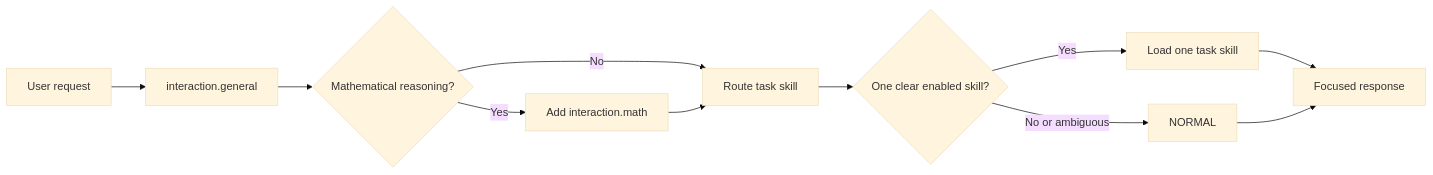
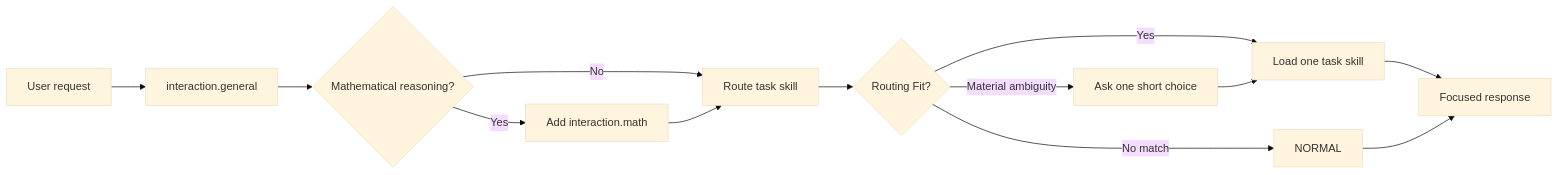
Before and after one commit to geekybobz/skills_ai: the second of 3 diagrams in interaction-protocol/README.md, drawn with Mermaid (base theme). The commit also changed other lines of this file and 46 other files, not shown here.

First line of the commit message:
feat(runtime): add controllable routing and safe ambiguity recovery

````diff
--- a/interaction-protocol/README.md
+++ b/interaction-protocol/README.md
@@ -41,13 +41,15 @@
 ```mermaid
 flowchart LR
     U["User request"] --> G["interaction.general"]
     G --> M{"Mathematical reasoning?"}
     M -- "Yes" --> X["Add interaction.math"]
     M -- "No" --> R["Route task skill"]
     X --> R
-    R --> S{"One clear enabled skill?"}
+    R --> S{"Routing Fit?"}
     S -- "Yes" --> L["Load one task skill"]
-    S -- "No or ambiguous" --> N["NORMAL"]
+    S -- "No match" --> N["NORMAL"]
+    S -- "Material ambiguity" --> C["Ask one short choice"]
+    C --> L
     L --> A["Focused response"]
     N --> A
 ```
````
